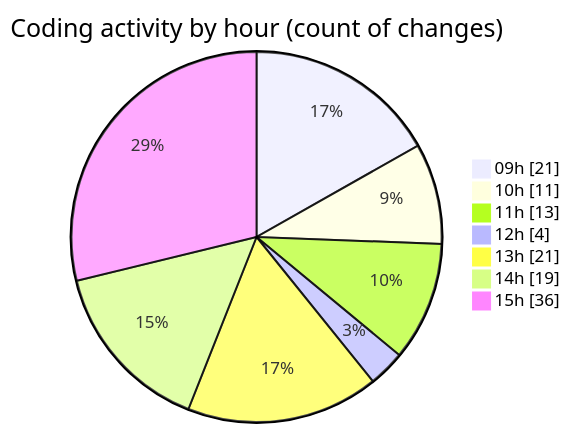
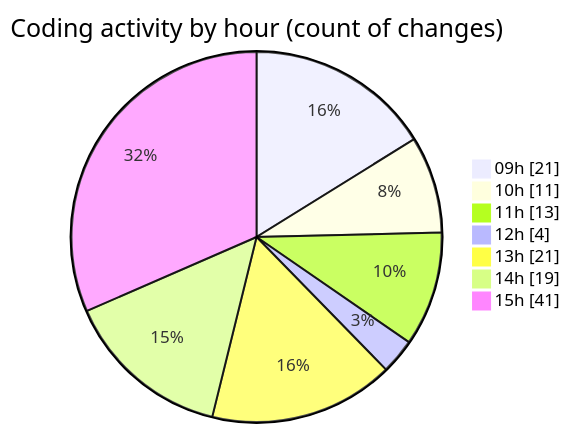
Before and after one commit to momahboobian/code-tracking: the second of 2 diagrams in 2026-06-01/cda/README.md, drawn with Mermaid. The commit also changed other lines of this file and 1 other file, not shown here.

````diff
--- a/2026-06-01/cda/README.md
+++ b/2026-06-01/cda/README.md
@@ -84,11 +85,11 @@
 ```mermaid
 pie showData
 title Coding activity by hour (count of changes)
 "09h" : 21
 "10h" : 11
 "11h" : 13
 "12h" : 4
 "13h" : 21
 "14h" : 19
-"15h" : 36
+"15h" : 41
 ```
````
